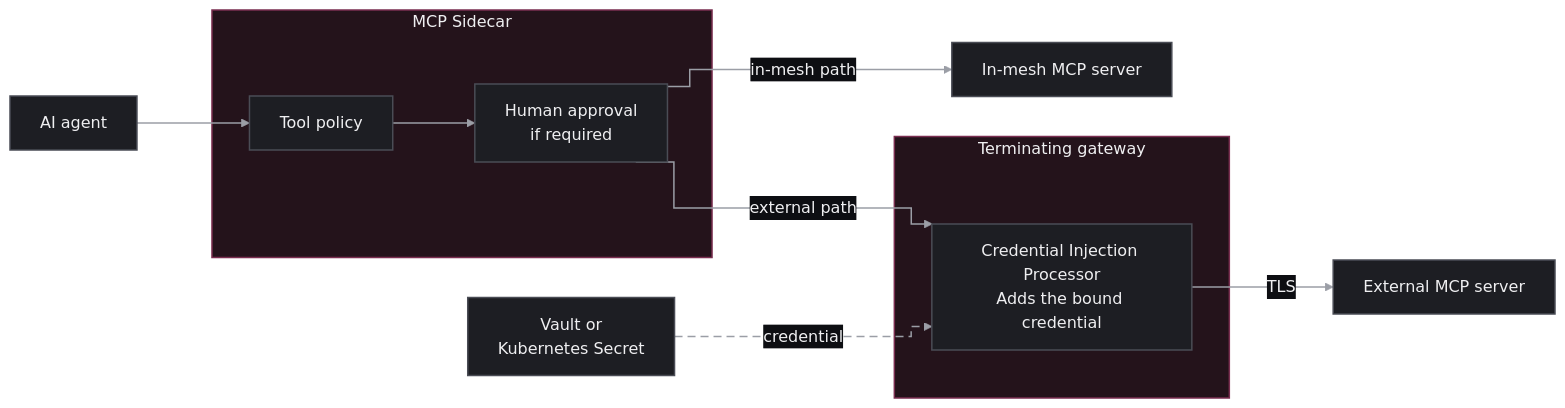
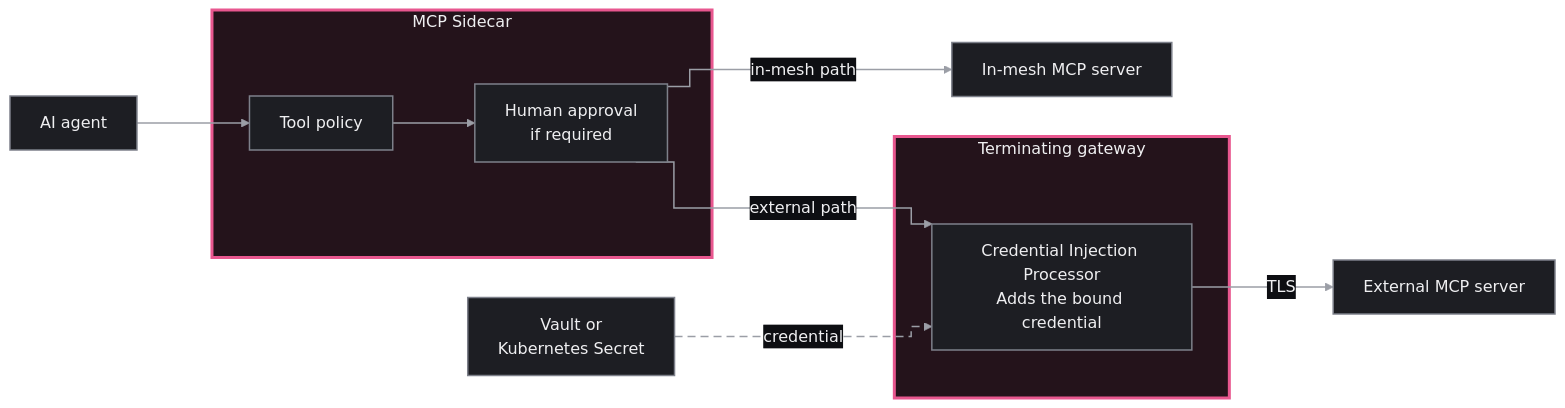
Before and after one commit to hashicorp/web-unified-docs: the diagram in content/consul/v2.1.x/diagram-sources/tool-access-workflow_dark.mmd, drawn with Mermaid. The commit also changed 34 other files, not shown here.

First line of the commit message:
Raise diagram contrast and add a non-color cue for ARF components

```diff
--- a/content/consul/v2.1.x/diagram-sources/tool-access-workflow_dark.mmd
+++ b/content/consul/v2.1.x/diagram-sources/tool-access-workflow_dark.mmd
@@ -1,26 +1,26 @@
-%%{init: {"theme":"base","fontFamily":"Helvetica, Arial, sans-serif","flowchart":{"curve":"step","nodeSpacing":60,"rankSpacing":75,"htmlLabels":true},"themeVariables":{"fontFamily":"Helvetica, Arial, sans-serif","fontSize":"16px","background":"#0d0e12","primaryColor":"#1d1e23","primaryBorderColor":"#4a4c55","primaryTextColor":"#efeff1","lineColor":"#9b9ea6","clusterBkg":"#16171c","clusterBorder":"#4a4c55","titleColor":"#efeff1","edgeLabelBackground":"#0d0e12","actorBkg":"#1d1e23","actorBorder":"#e8578f","actorTextColor":"#efeff1","actorLineColor":"#4a4c55","signalColor":"#9b9ea6","signalTextColor":"#efeff1","noteBkgColor":"#16171c","noteBorderColor":"#4a4c55","noteTextColor":"#efeff1","activationBkgColor":"#24131b","activationBorderColor":"#7a2e50","sequenceNumberColor":"#0d0e12"},"sequence":{"mirrorActors":false,"width":220,"actorMargin":50,"messageMargin":50,"boxMargin":10,"noteMargin":12,"wrap":true}}}%%
+%%{init: {"theme":"base","fontFamily":"Helvetica, Arial, sans-serif","flowchart":{"curve":"step","nodeSpacing":60,"rankSpacing":75,"htmlLabels":true},"themeVariables":{"fontFamily":"Helvetica, Arial, sans-serif","fontSize":"16px","background":"#0d0e12","primaryColor":"#1d1e23","primaryBorderColor":"#7d808a","primaryTextColor":"#efeff1","lineColor":"#9b9ea6","clusterBkg":"#16171c","clusterBorder":"#7d808a","titleColor":"#efeff1","edgeLabelBackground":"#0d0e12","actorBkg":"#1d1e23","actorBorder":"#e8578f","actorTextColor":"#efeff1","actorLineColor":"#7d808a","signalColor":"#9b9ea6","signalTextColor":"#efeff1","noteBkgColor":"#16171c","noteBorderColor":"#7d808a","noteTextColor":"#efeff1","activationBkgColor":"#24131b","activationBorderColor":"#b5527f","sequenceNumberColor":"#0d0e12"},"sequence":{"mirrorActors":false,"width":220,"actorMargin":50,"messageMargin":50,"boxMargin":10,"noteMargin":12,"wrap":true}}}%%
 flowchart LR
   agent["AI agent"]
   subgraph sidecar["MCP Sidecar"]
     policy["Tool policy"]
     approval["Human approval<br/>if required"]
   end
   inmesh["In-mesh MCP server"]
   subgraph tgw["Terminating gateway"]
     cip["Credential Injection Processor<br/>Adds the bound credential"]
   end
   cred["Vault or<br/>Kubernetes Secret"]
   ext["External MCP server"]
 
   agent --> policy
   policy --> approval
   approval -->|in-mesh path| inmesh
   approval -->|external path| cip
   cip -->|TLS| ext
   cred -.->|credential| cip
 
-  classDef default fill:#1d1e23,stroke:#4a4c55,stroke-width:1.5px,color:#efeff1
-  style sidecar fill:#24131b,stroke:#7a2e50,stroke-width:1.5px,color:#efeff1
-  style tgw fill:#24131b,stroke:#7a2e50,stroke-width:1.5px,color:#efeff1
+  classDef default fill:#1d1e23,stroke:#7d808a,stroke-width:1.5px,color:#efeff1
+  style sidecar fill:#24131b,stroke:#e8578f,stroke-width:3px,color:#efeff1
+  style tgw fill:#24131b,stroke:#e8578f,stroke-width:3px,color:#efeff1
   linkStyle 0,1,2,3,4 stroke:#9b9ea6,stroke-width:1.5px
   linkStyle 5 stroke:#9b9ea6,stroke-width:1.5px,stroke-dasharray:8 5
```
